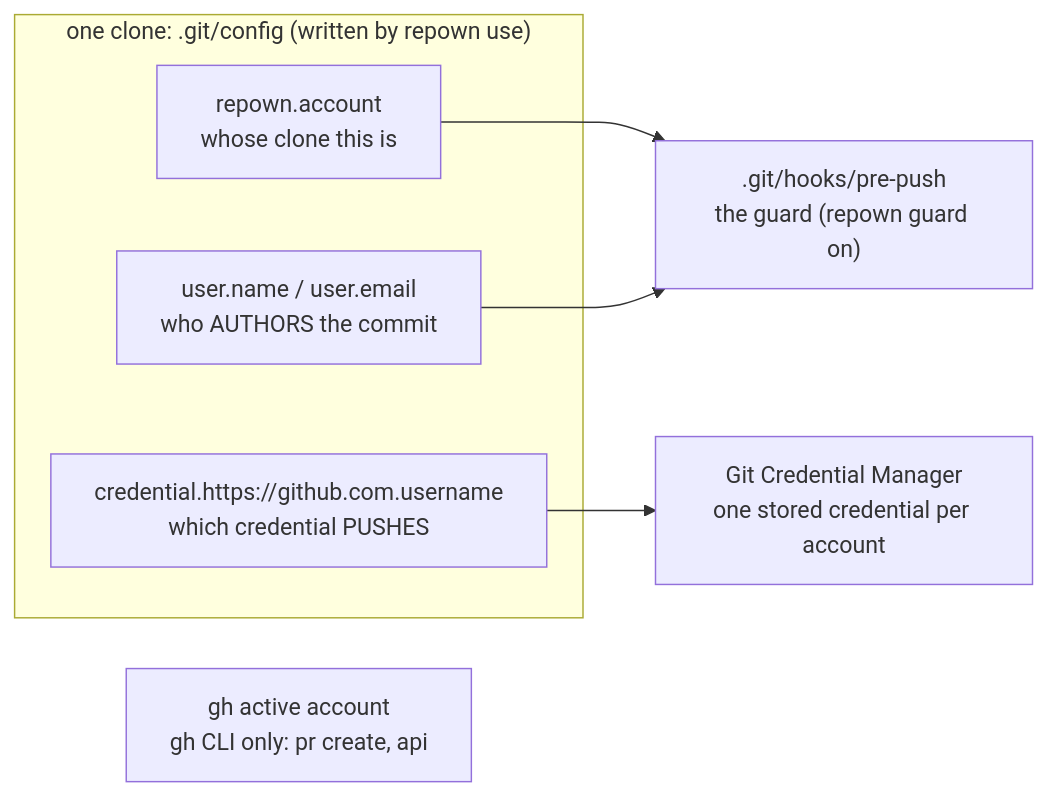
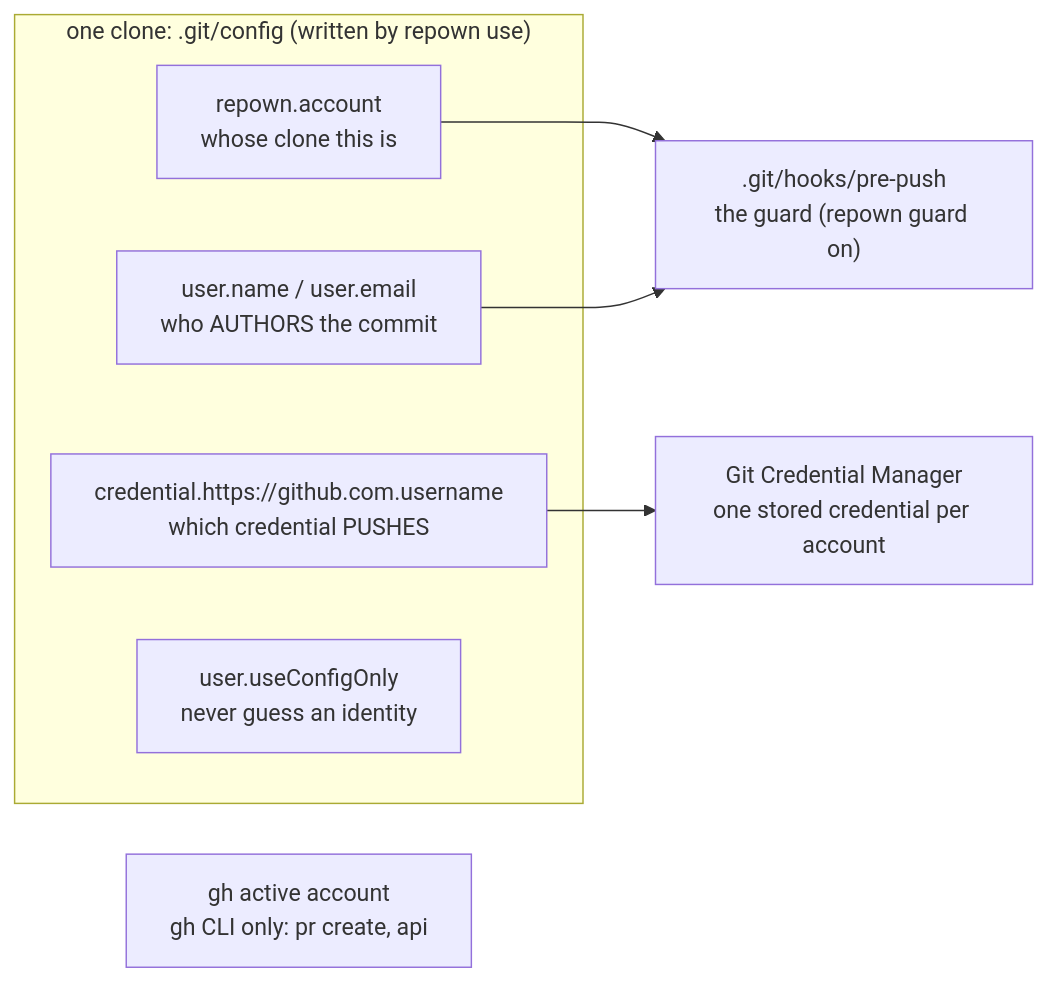
Before and after one commit to makubexD/repown: the first of 9 diagrams in docs/HOW-IT-WORKS.md, drawn with Mermaid. The commit also changed other lines of this file and 8 other files, not shown here.

````diff
--- a/docs/HOW-IT-WORKS.md
+++ b/docs/HOW-IT-WORKS.md
@@ -14,13 +14,14 @@
 ```mermaid
 flowchart LR
   subgraph clone["one clone: .git/config (written by repown use)"]
     ID["user.name / user.email<br/>who AUTHORS the commit"]
     CRED["credential.https://github.com.username<br/>which credential PUSHES"]
     ACC["repown.account<br/>whose clone this is"]
+    UCO["user.useConfigOnly<br/>never guess an identity"]
   end
   CRED --> GCM["Git Credential Manager<br/>one stored credential per account"]
   GH["gh active account<br/>gh CLI only: pr create, api"]
   HOOK[".git/hooks/pre-push<br/>the guard (repown guard on)"]
   ACC --> HOOK
   ID --> HOOK
 ```
````
